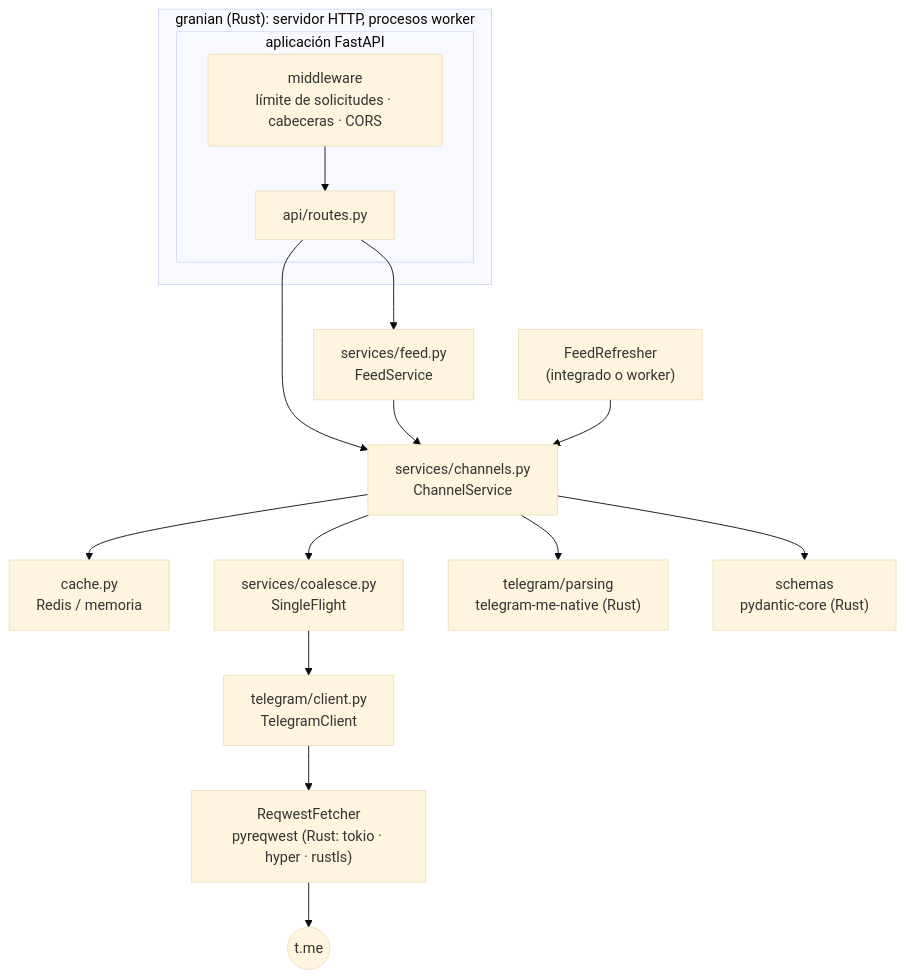
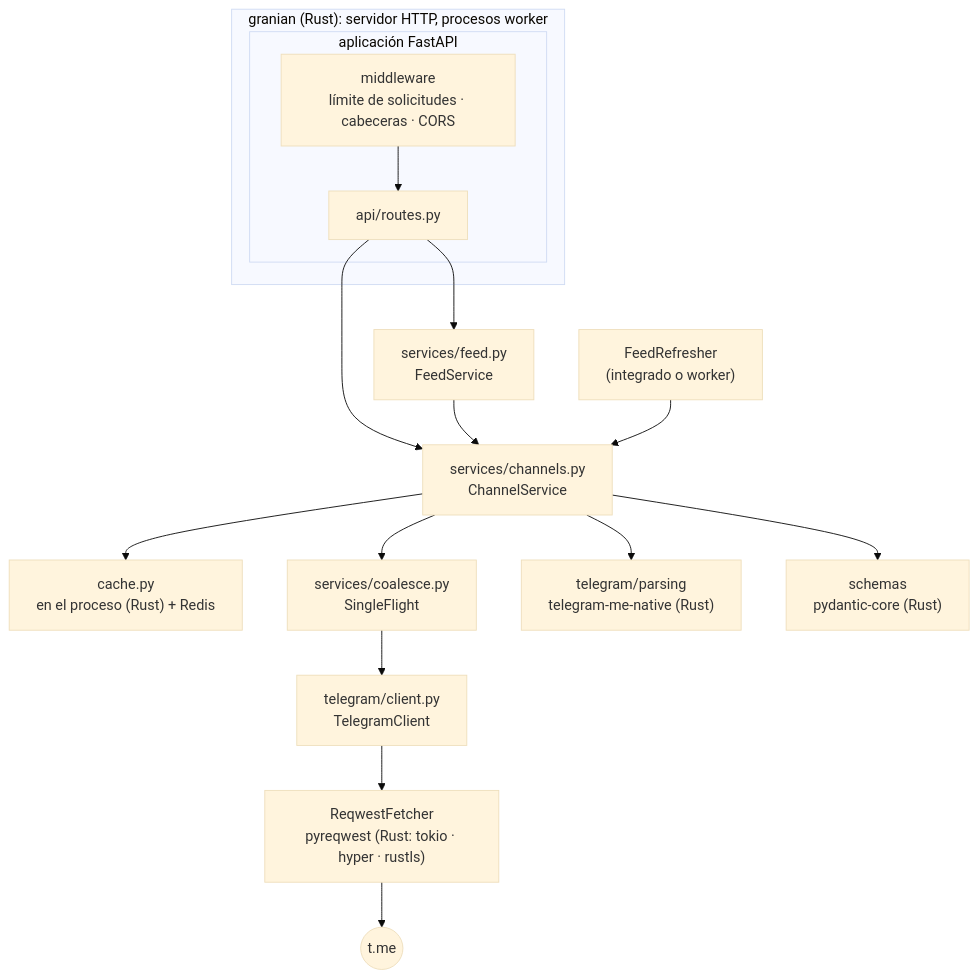
One commit to koval01/telegram-me changed the diagram in docs/es/internals/architecture.md. Above: the diagram before and after it, drawn with Mermaid (base theme). The commit also changed other lines of this file and 16 other files, not shown here.

````diff
--- a/docs/es/internals/architecture.md
+++ b/docs/es/internals/architecture.md
@@ -10,21 +10,21 @@
 ```mermaid
 flowchart TB
     subgraph granian["granian (Rust): servidor HTTP, procesos worker"]
         subgraph app["aplicación FastAPI"]
             MW["middleware<br/>límite de solicitudes · cabeceras · CORS"]
             R["api/routes.py"]
             MW --> R
         end
     end
     R --> CS["services/channels.py<br/>ChannelService"]
     R --> FS["services/feed.py<br/>FeedService"]
     FS --> CS
     RF["FeedRefresher<br/>(integrado o worker)"] --> CS
-    CS --> C["cache.py<br/>Redis / memoria"]
+    CS --> C["cache.py<br/>en el proceso (Rust) + Redis"]
     CS --> SF["services/coalesce.py<br/>SingleFlight"]
     SF --> TC["telegram/client.py<br/>TelegramClient"]
     TC --> F["ReqwestFetcher<br/>pyreqwest (Rust: tokio · hyper · rustls)"]
     F --> T(("t.me"))
     CS --> P["telegram/parsing<br/>telegram-me-native (Rust)"]
     CS --> V["schemas<br/>pydantic-core (Rust)"]
 ```
````
